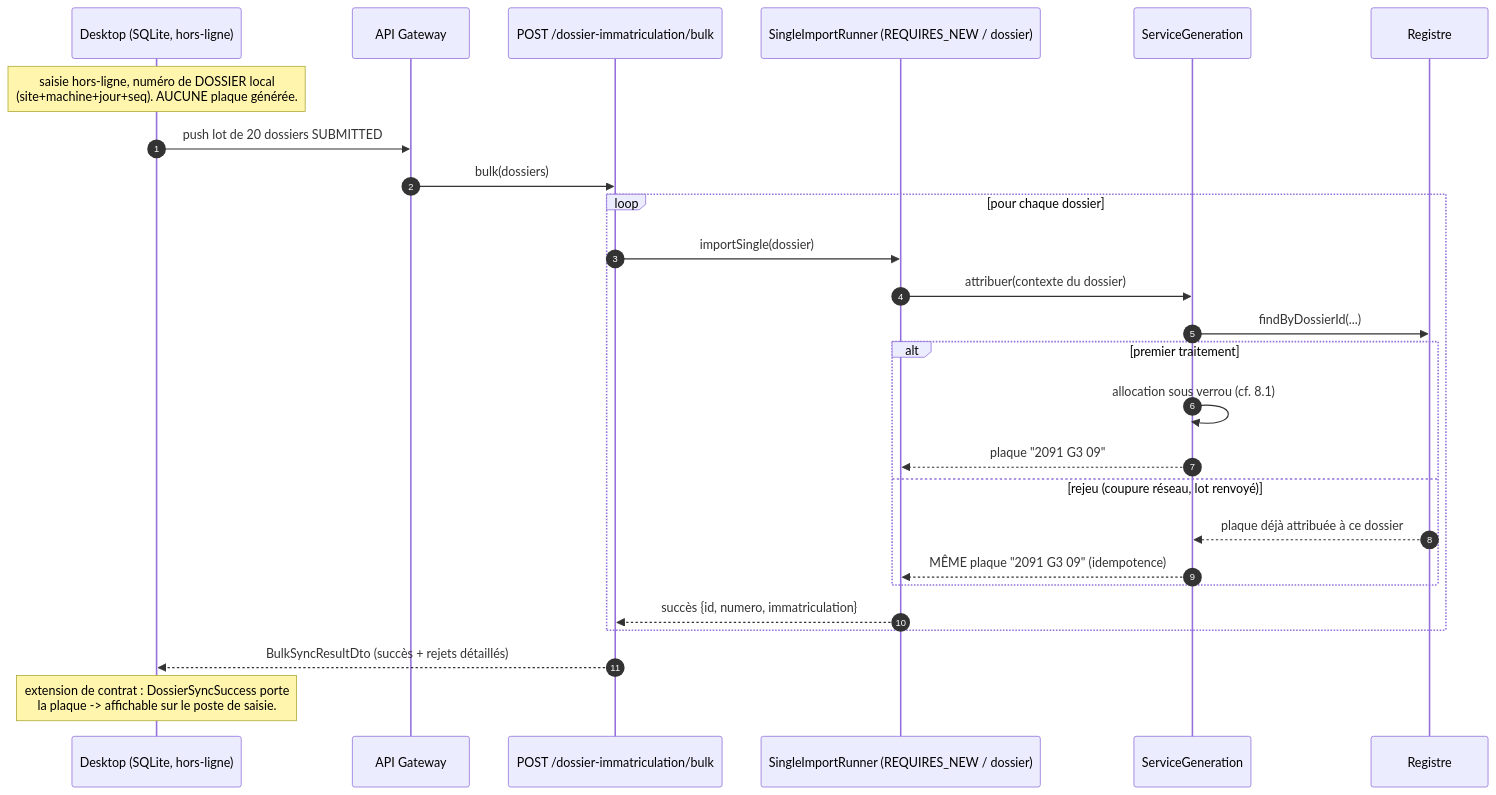
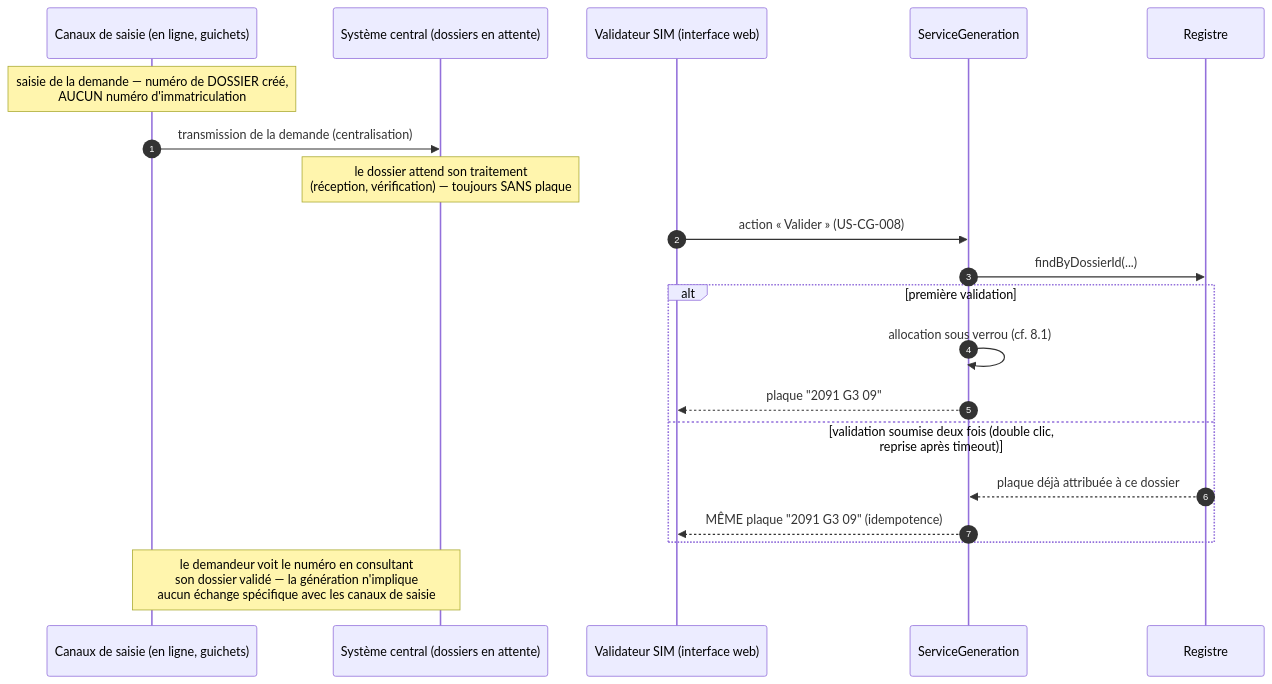
The fifth of 6 diagrams in strategie-generation-numero-immatriculation.md (MomoDevlop/sigtt-archi-minio), drawn with Mermaid before and after one commit. The commit also changed other lines of this file, not shown here.

````diff
--- a/strategie-generation-numero-immatriculation.md
+++ b/strategie-generation-numero-immatriculation.md
@@ -738,29 +741,23 @@
 ```mermaid
 sequenceDiagram
     autonumber
-    participant DK as Desktop (SQLite, hors-ligne)
-    participant GW as API Gateway
-    participant BULK as POST /dossier-immatriculation/bulk
-    participant RUN as SingleImportRunner (REQUIRES_NEW / dossier)
+    participant SAI as Canaux de saisie (en ligne, guichets)
+    participant CEN as Système central (dossiers en attente)
+    participant VAL as Validateur SIM (interface web)
     participant GEN as ServiceGeneration
     participant REG as Registre
 
-    Note over DK: saisie hors-ligne, numéro de DOSSIER local<br/>(site+machine+jour+seq). AUCUNE plaque générée.
-    DK->>GW: push lot de 20 dossiers SUBMITTED
-    GW->>BULK: bulk(dossiers)
-    loop pour chaque dossier
-        BULK->>RUN: importSingle(dossier)
-        RUN->>GEN: attribuer(contexte du dossier)
-        GEN->>REG: findByDossierId(...)
-        alt premier traitement
-            GEN->>GEN: allocation sous verrou (cf. 8.1)
-            GEN-->>RUN: plaque "2091 G3 09"
-        else rejeu (coupure réseau, lot renvoyé)
-            REG-->>GEN: plaque déjà attribuée à ce dossier
-            GEN-->>RUN: MÊME plaque "2091 G3 09" (idempotence)
-        end
-        RUN-->>BULK: succès {id, numero, immatriculation}
+    Note over SAI: saisie de la demande — numéro de DOSSIER créé,<br/>AUCUN numéro d'immatriculation
+    SAI->>CEN: transmission de la demande (centralisation)
+    Note over CEN: le dossier attend son traitement<br/>(réception, vérification) — toujours SANS plaque
+    VAL->>GEN: action « Valider » (US-CG-008)
+    GEN->>REG: findByDossierId(...)
+    alt première validation
+        GEN->>GEN: allocation sous verrou (cf. 8.1)
+        GEN-->>VAL: plaque "2091 G3 09"
+    else validation soumise deux fois (double clic, reprise après timeout)
+        REG-->>GEN: plaque déjà attribuée à ce dossier
+        GEN-->>VAL: MÊME plaque "2091 G3 09" (idempotence)
     end
-    BULK-->>DK: BulkSyncResultDto (succès + rejets détaillés)
-    Note over DK: extension de contrat : DossierSyncSuccess porte<br/>la plaque -> affichable sur le poste de saisie.
+    Note over SAI,CEN: le demandeur voit le numéro en consultant<br/>son dossier validé — la génération n'implique<br/>aucun échange spécifique avec les canaux de saisie
 ```
````
